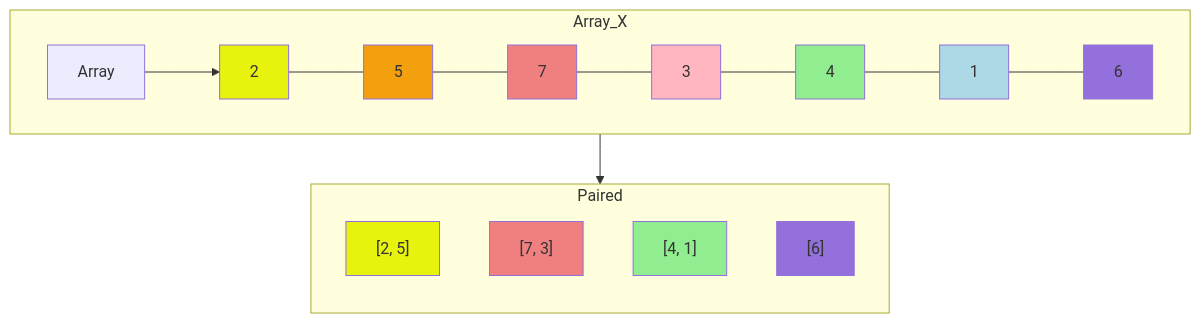
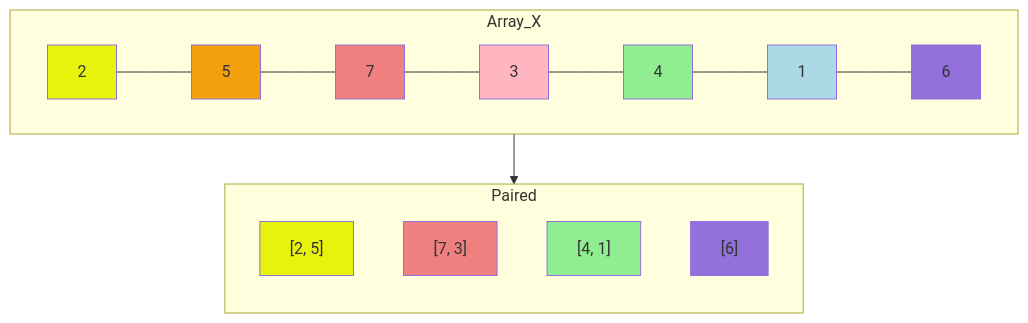
The first of 4 diagrams in Projects/CPP_Modules/cpp-exercices.md (Tablerase/42_Projects), drawn with Mermaid before and after one commit. The commit also changed other lines of this file, not shown here.

````diff
--- a/Projects/CPP_Modules/cpp-exercices.md
+++ b/Projects/CPP_Modules/cpp-exercices.md
@@ -125,29 +127,29 @@
 ```mermaid
 graph TD
   classDef yellow fill:#e7f20d;
   classDef orange fill:#f2a00d;
   classDef lightcoral fill:LightCoral;
   classDef lightpink fill:LightPink;
   classDef lightgreen fill:LightGreen;
   classDef lightblue fill:LightBlue;
   classDef mediumpurple fill:MediumPurple;
   subgraph Array_X
     direction LR
-    Array --> Element1["2"]:::yellow
+    Element1["2"]:::yellow
     Element1 --- Element2["5"]:::orange
     Element2 --- Element3["7"]:::lightcoral
     Element3 --- Element4["3"]:::lightpink
     Element4 --- Element5["4"]:::lightgreen
     Element5 --- Element6["1"]:::lightblue
     Element6 --- Element7["6"]:::mediumpurple
   end
 
   subgraph Paired
     direction TB
     Pair1["[2, 5]"]:::yellow
     Pair2["[7, 3]"]:::lightcoral
     Pair3["[4, 1]"]:::lightgreen
     Pair4["[6]"]:::mediumpurple
   end
   Array_X --> Paired
 ```
````
